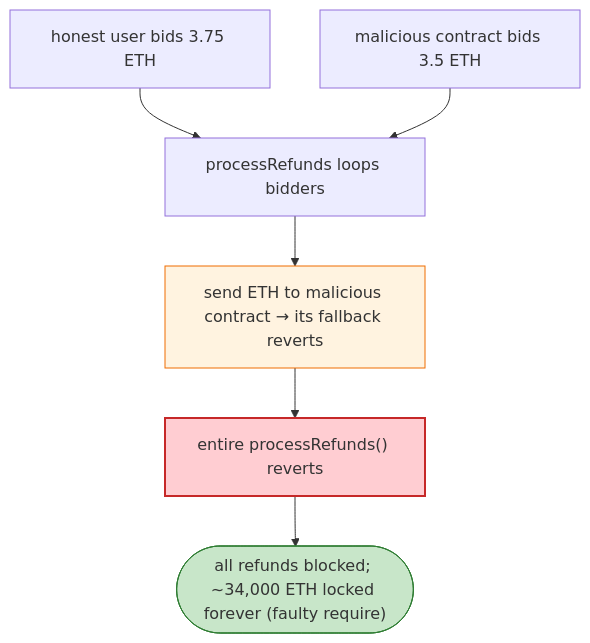
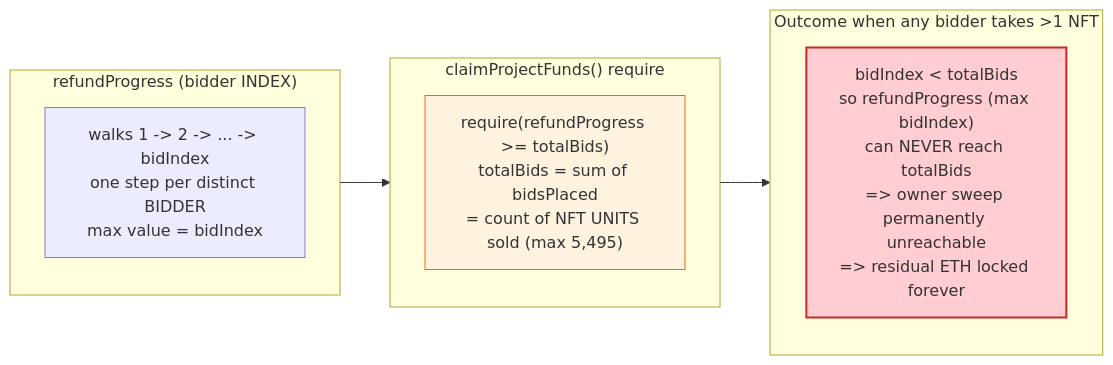
The fourth of 4 diagrams in 2022-04-AkutarNFT_exp/AkutarNFT_exp.md (sanbir/evm-hack-registry), drawn with Mermaid before and after one commit. The commit also changed other lines of this file and 52 other files, not shown here.

````diff
--- a/2022-04-AkutarNFT_exp/AkutarNFT_exp.md
+++ b/2022-04-AkutarNFT_exp/AkutarNFT_exp.md
@@ -55,12 +357,16 @@
 ```mermaid
-flowchart TD
-    H["honest user bids 3.75 ETH"] --> L["processRefunds loops bidders"]
-    M["malicious contract bids 3.5 ETH"] --> L
-    L --> P["send ETH to malicious contract → its fallback reverts"]
-    P --> REV["entire processRefunds() reverts"]
-    REV --> LOCK(["all refunds blocked; ~34,000 ETH locked forever (faulty require)"])
+flowchart LR
+    subgraph Refunds["refundProgress (bidder INDEX)"]
+        R["walks 1 -> 2 -> ... -> bidIndex<br/>one step per distinct BIDDER<br/>max value = bidIndex"]
+    end
+    subgraph Gate["claimProjectFunds() require"]
+        G["require(refundProgress >= totalBids)<br/>totalBids = sum of bidsPlaced<br/>= count of NFT UNITS sold (max 5,495)"]
+    end
+    subgraph Outcome["Outcome when any bidder takes >1 NFT"]
+        O["bidIndex &lt; totalBids<br/>so refundProgress (max bidIndex)<br/>can NEVER reach totalBids<br/>=> owner sweep permanently unreachable<br/>=> residual ETH locked forever"]
+    end
+    Refunds --> Gate --> Outcome
 
-    style P fill:#fff3e0,stroke:#ef6c00
-    style REV fill:#ffcdd2,stroke:#c62828,stroke-width:2px
-    style LOCK fill:#c8e6c9,stroke:#2e7d32
+    style G fill:#fff3e0,stroke:#ef6c00
+    style O fill:#ffcdd2,stroke:#c62828,stroke-width:2px
 ```
````
